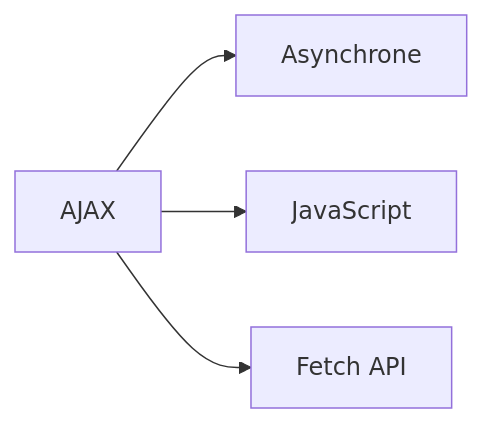
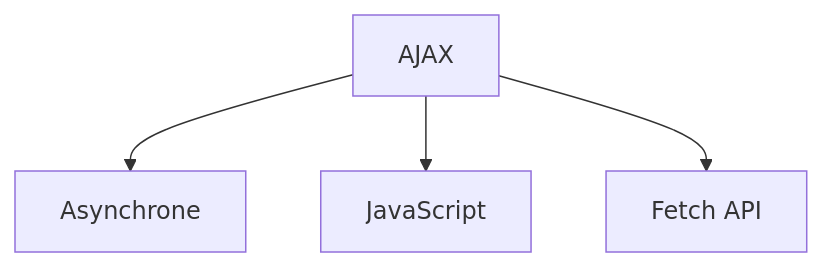
Before and after one commit to zyrass/omnydocs: the first of 41 diagrams in docs/glossaire/developpement-web.md, drawn with Mermaid. The commit also changed other lines of this file and 1780 other files, not shown here.

````diff
--- a/docs/glossaire/developpement-web.md
+++ b/docs/glossaire/developpement-web.md
@@ -26,6 +32,6 @@
-    ```mermaid
-    graph LR
-        A[AJAX] --> B[Asynchrone]
-        A --> C[JavaScript]
-        A --> D[Fetch API]
-    ```
+```mermaid
+graph TB
+    A[AJAX] --> B[Asynchrone]
+    A --> C[JavaScript]
+    A --> D[Fetch API]
+```
````
